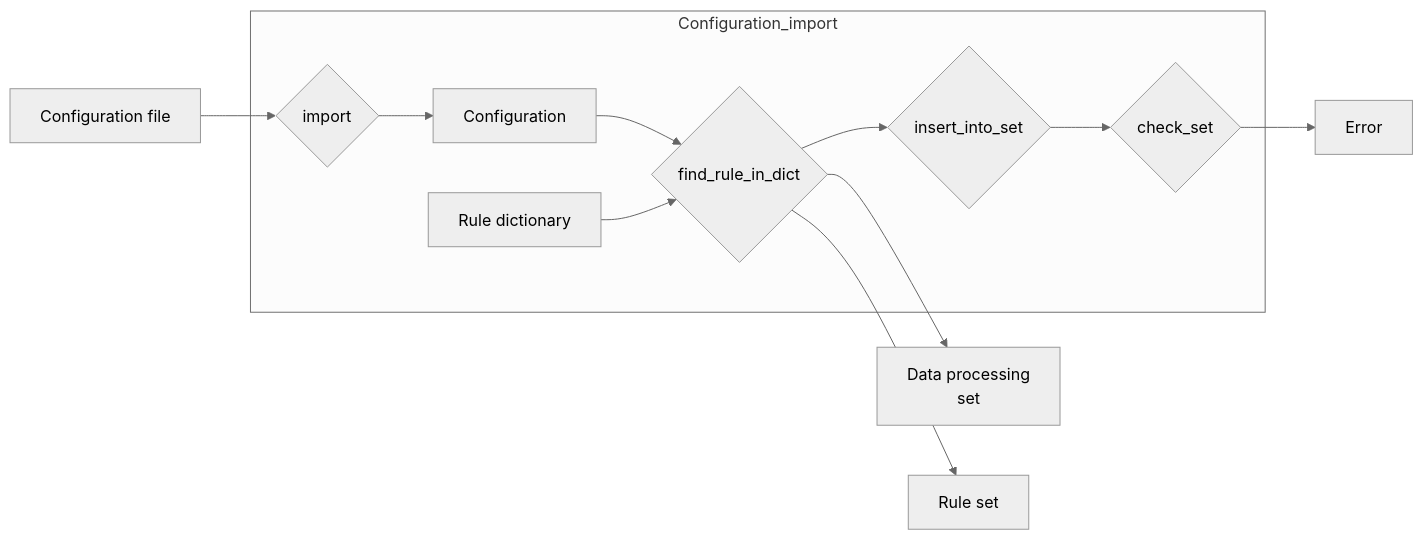
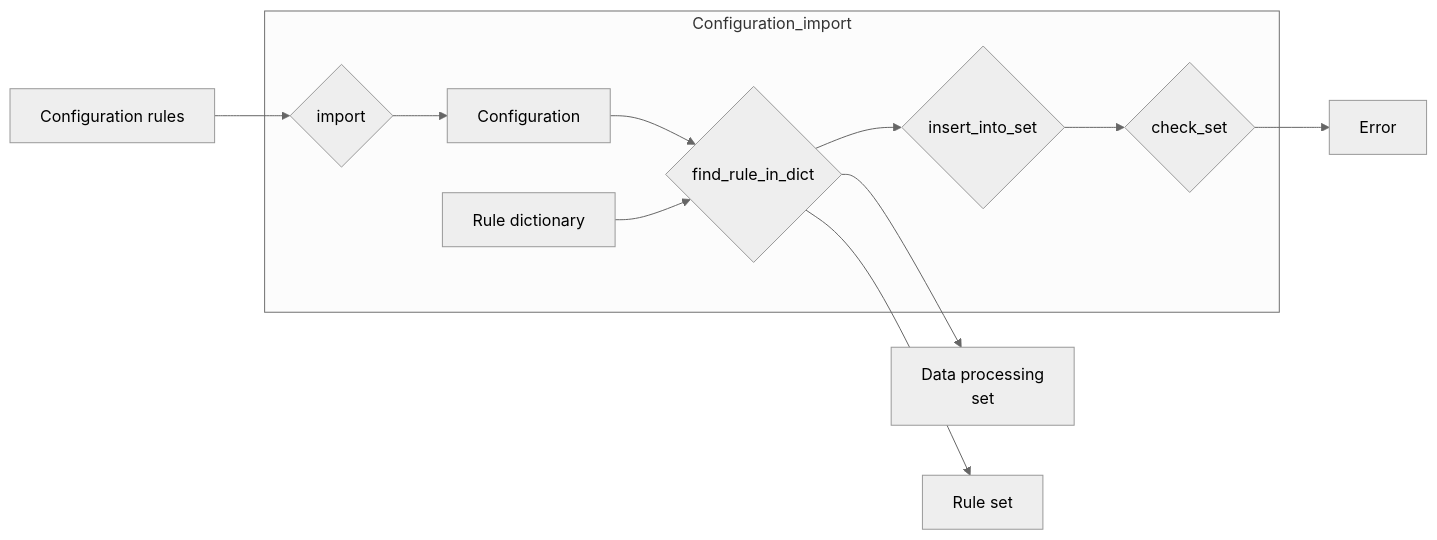
Before and after one commit to akatzke/HerediClassify: the second of 14 diagrams in Software_design/Mermaid.org, drawn with Mermaid (neutral theme). The commit also changed other lines of this file and 8 other files, not shown here.

```diff
--- a/Software_design/Mermaid.org
+++ b/Software_design/Mermaid.org
@@ -27,15 +31,15 @@
 #+begin_src mermaid :file configuration_import_rules.png
 flowchart LR
-    CF[Configuration file] -->I{import}
+    CF[Configuration rules] -->I{import}
     CS --> RE[Error]
     FR --> DPL["Data processing
     set"]
     FR --> RL[Rule set]
     subgraph Configuration_import
-    I --> C[Configuration]
-    C --> FR{find_rule_in_dict}
-    RD[Rule dictionary] -->FR
-    FR --> IS{insert_into_set}
-    IS --> CS{check_set}
-    end
+        I --> C[Configuration]
+        C --> FR{find_rule_in_dict}
+        RD[Rule dictionary] -->FR
+        FR --> IS{insert_into_set}
+        IS --> CS{check_set}
+        end
 #+end_src
```
